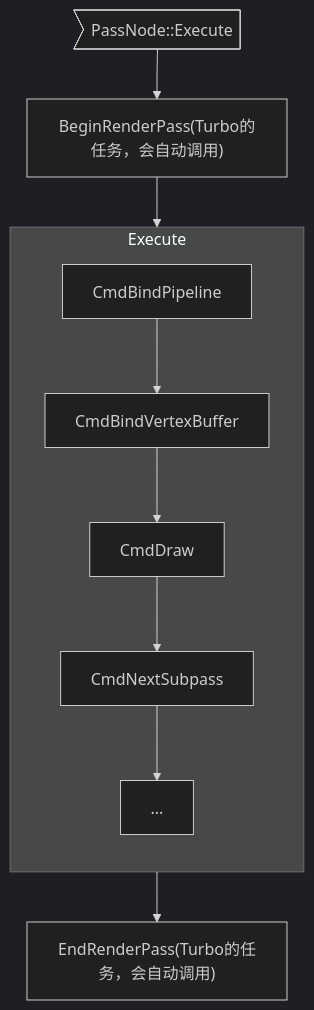
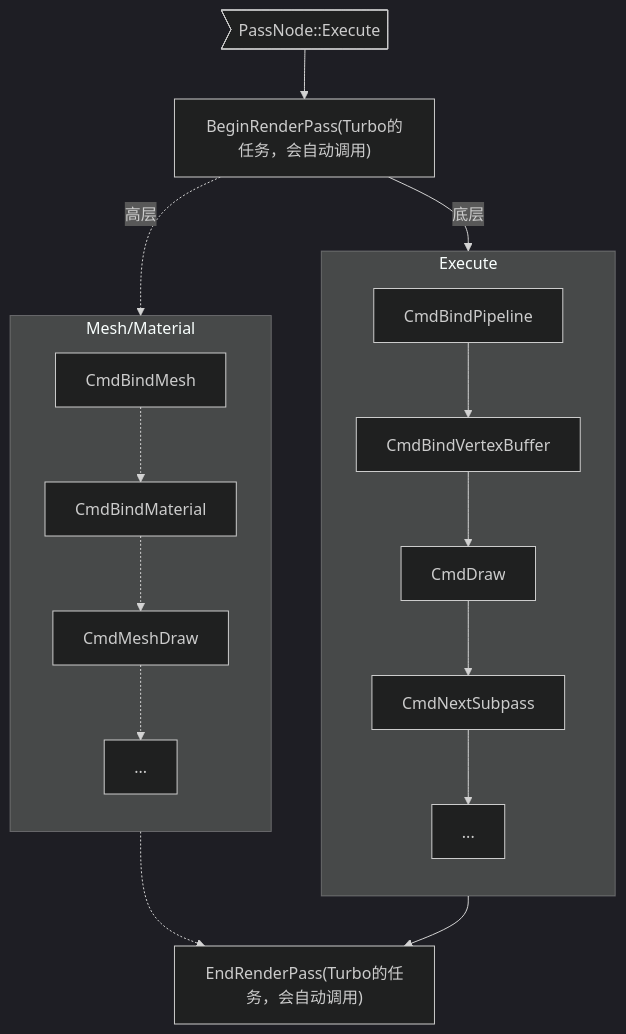
The seventh of 8 diagrams in docs/Design/FrameGraphAdvance.md (FuXiii/Turbo), drawn with Mermaid (dark theme) before and after one commit. The commit also changed other lines of this file and 1 other file, not shown here.

Commit message:
update FgAdvance

````diff
--- a/docs/Design/FrameGraphAdvance.md
+++ b/docs/Design/FrameGraphAdvance.md
@@ -1876,23 +1877,37 @@
 ```mermaid
 graph TD;
     PassNode>"PassNode::Execute"]
             BeginRenderPass["BeginRenderPass(Turbo的任务，会自动调用)"]
                 subgraph Execute
                     direction TB
                     CmdBindPipeline[CmdBindPipeline]
                     CmdBindVertexBuffer[CmdBindVertexBuffer]
                     CmdDraw[CmdDraw]
                     CmdNextSubpass[CmdNextSubpass]
-                    Etc["..."]
+                    EtcExecute["..."]
+                end
+
+                subgraph MeshMaterial["Mesh/Material"]
+                    direction TB
+                    CmdBindMesh[CmdBindMesh]
+                    CmdBindMaterial[CmdBindMaterial]
+                    CmdMeshDraw[CmdMeshDraw]
+                    EtcMeshMaterial["..."]
                 end
                 
             EndRenderPass["EndRenderPass(Turbo的任务，会自动调用)"]
 
             PassNode-->BeginRenderPass
-            BeginRenderPass-->CmdBindPipeline
+            BeginRenderPass--底层-->CmdBindPipeline
             CmdBindPipeline-->CmdBindVertexBuffer
             CmdBindVertexBuffer-->CmdDraw
             CmdDraw-->CmdNextSubpass
-            CmdNextSubpass-->Etc
-            Etc-->EndRenderPass
+            CmdNextSubpass-->EtcExecute
+            EtcExecute-->EndRenderPass
+
+            BeginRenderPass-.高层.->CmdBindMesh
+            CmdBindMesh-.->CmdBindMaterial
+            CmdBindMaterial-.->CmdMeshDraw
+            CmdMeshDraw-.->EtcMeshMaterial
+            EtcMeshMaterial-.->EndRenderPass
 ```
````
